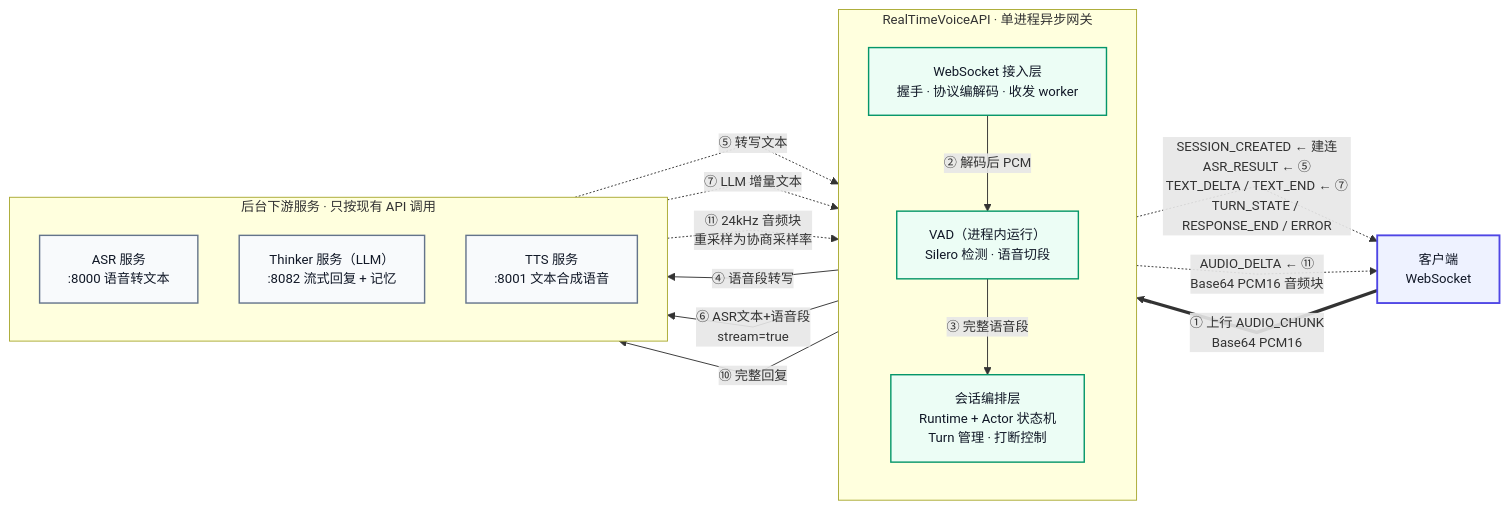
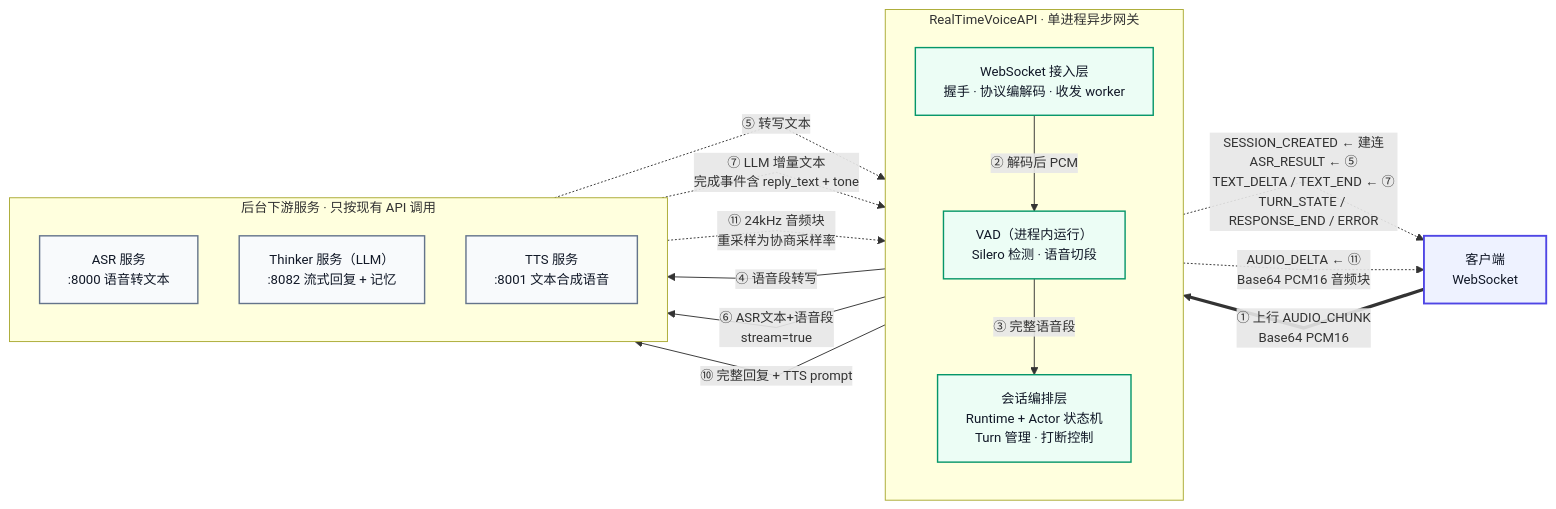
One commit to JetChennn/RealTimeVoiceApi changed the diagram in README.md. Above: the diagram before and after it, drawn with Mermaid. The commit also changed other lines of this file and 20 other files, not shown here.

````diff
--- a/README.md
+++ b/README.md
@@ -5,45 +5,45 @@
 ```mermaid
 %%{init: {"flowchart": {"curve": "linear", "nodeSpacing": 44, "rankSpacing": 56}, "themeVariables": {"fontSize": "14px"}}}%%
 flowchart LR
     C["客户端<br/>WebSocket"]
 
     subgraph G["RealTimeVoiceAPI · 单进程异步网关"]
         direction TB
         WS["WebSocket 接入层<br/>握手 · 协议编解码 · 收发 worker"]
         V["VAD（进程内运行）<br/>Silero 检测 · 语音切段"]
         O["会话编排层<br/>Runtime + Actor 状态机<br/>Turn 管理 · 打断控制"]
     end
 
     subgraph E["后台下游服务 · 只按现有 API 调用"]
         direction TB
         ASR["ASR 服务<br/>:8000 语音转文本"]
         TH["Thinker 服务（LLM）<br/>:8082 流式回复 + 记忆"]
         TT["TTS 服务<br/>:8001 文本合成语音"]
     end
 
     %% 上行链路
     C ==>|"① 上行 AUDIO_CHUNK<br/>Base64 PCM16"| WS
     WS -->|"② 解码后 PCM"| V
     V -->|"③ 完整语音段"| O
 
     %% 网关 → 下游
     O -->|"④ 语音段转写"| ASR
     O -->|"⑥ ASR文本+语音段<br/>stream=true"| TH
-    O -->|"⑩ 完整回复"| TT
+    O -->|"⑩ 完整回复 + TTS prompt"| TT
 
     %% 下游 → 网关
     ASR -.->|"⑤ 转写文本"| O
-    TH -.->|"⑦ LLM 增量文本"| O
+    TH -.->|"⑦ LLM 增量文本<br/>完成事件含 reply_text + tone"| O
     TT -.->|"⑪ 24kHz 音频块<br/>重采样为协商采样率"| O
 
     %% 编排层 → 客户端（下行全部由编排层发出，源头不同）
     O -.->|"SESSION_CREATED ← 建连<br/>ASR_RESULT ← ⑤<br/>TEXT_DELTA / TEXT_END ← ⑦<br/>TURN_STATE / RESPONSE_END / ERROR"| C
     O -.->|"AUDIO_DELTA ← ⑪<br/>Base64 PCM16 音频块"| C
 
     classDef client fill:#EEF2FF,stroke:#4F46E5,stroke-width:2px,color:#111827;
     classDef gateway fill:#ECFDF5,stroke:#059669,stroke-width:1.5px,color:#111827;
     classDef external fill:#F8FAFC,stroke:#64748B,stroke-width:1.5px,color:#111827;
     class C client;
     class WS,V,O gateway;
     class ASR,TH,TT external;
 ```
````
